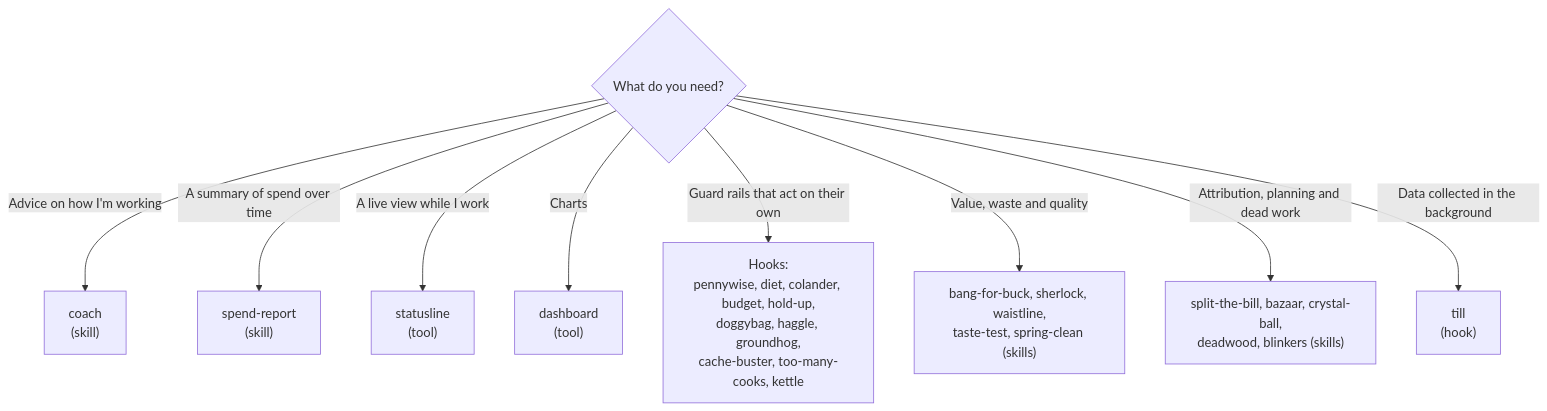
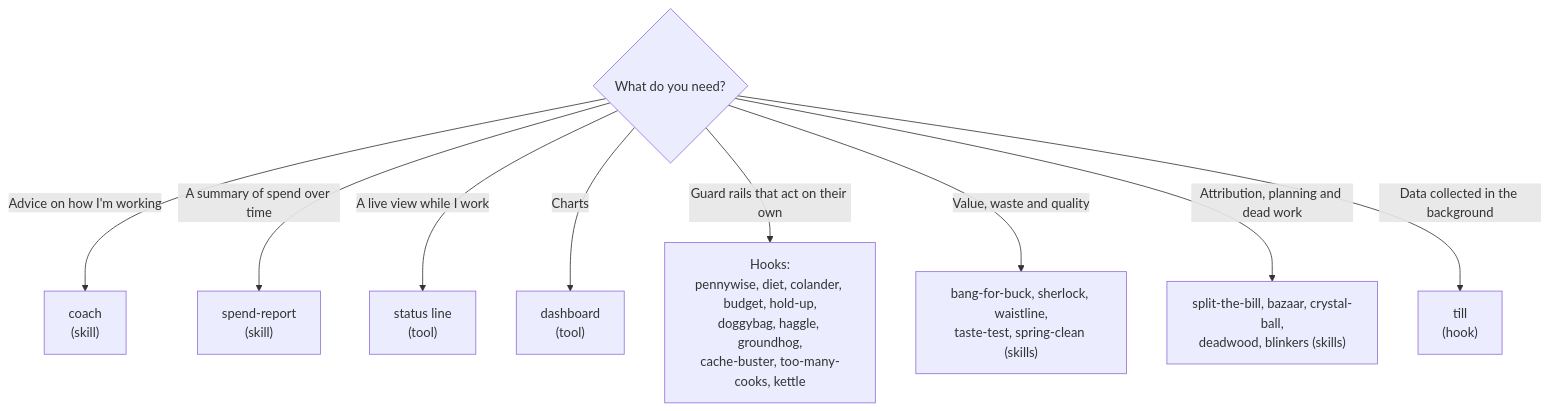
Before and after one commit to andrew44/agentarium: the first of 2 diagrams in docs/skills-tools-and-hooks.md, drawn with Mermaid. The commit also changed other lines of this file and 41 other files, not shown here.

First line of the commit message:
Use Claude Code's own terms for the status line, the band and the mod

````diff
--- a/docs/skills-tools-and-hooks.md
+++ b/docs/skills-tools-and-hooks.md
@@ -62,11 +62,11 @@
 ```mermaid
 flowchart TD
     Q{"What do you need?"} -->|"Advice on how I'm working"| CF["coach<br/>(skill)"]
     Q -->|"A summary of spend over time"| SR["spend-report<br/>(skill)"]
-    Q -->|"A live view while I work"| SB["statusline<br/>(tool)"]
+    Q -->|"A live view while I work"| SB["status line<br/>(tool)"]
     Q -->|"Charts"| DB["dashboard<br/>(tool)"]
     Q -->|"Guard rails that act on their own"| H["Hooks:<br/>pennywise, diet, colander, budget, hold-up,<br/>doggybag, haggle, groundhog,<br/>cache-buster, too-many-cooks, kettle"]
     Q -->|"Value, waste and quality"| V["bang-for-buck, sherlock, waistline,<br/>taste-test, spring-clean (skills)"]
     Q -->|"Attribution, planning and dead work"| I["split-the-bill, bazaar, crystal-ball,<br/>deadwood, blinkers (skills)"]
     Q -->|"Data collected in the background"| SL["till<br/>(hook)"]
 ```
````
